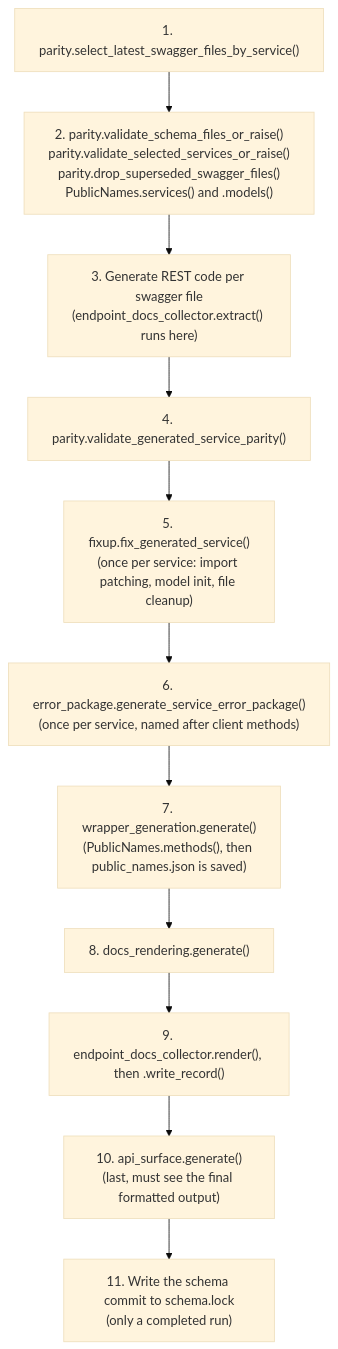
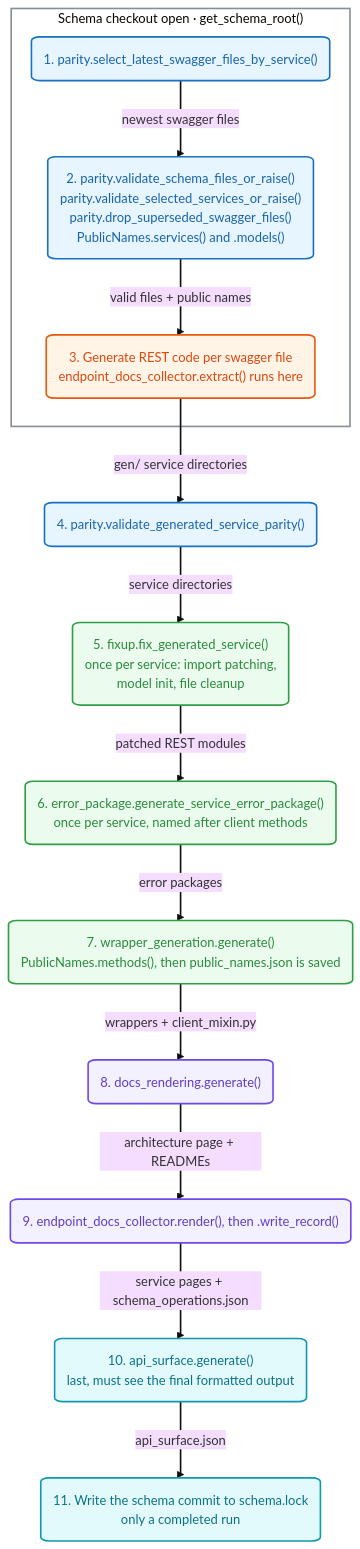
The diagram in scripts/generation/README.md (alexdearaujo/community_sdk_python), drawn with Mermaid (base theme) before and after one commit. The commit also changed other lines of this file and 129 other files, not shown here.

````diff
--- a/scripts/generation/README.md
+++ b/scripts/generation/README.md
@@ -32,14 +32,49 @@
 ```mermaid
+%%{init: {"fontFamily": "ui-monospace, SFMono-Regular, Menlo, monospace", "flowchart": {"curve": "step", "nodeSpacing": 30, "rankSpacing": 70, "wrappingWidth": 400}}}%%
 flowchart TD
-    A["1. parity.select_latest_swagger_files_by_service()"] --> A2["2. parity.validate_schema_files_or_raise()<br/>parity.validate_selected_services_or_raise()<br/>parity.drop_superseded_swagger_files()<br/>PublicNames.services() and .models()"]
-    A2 --> B["3. Generate REST code per swagger file<br/>(endpoint_docs_collector.extract() runs here)"]
-    B --> D["4. parity.validate_generated_service_parity()"]
-    D --> E["5. fixup.fix_generated_service()<br/>(once per service: import patching, model init, file cleanup)"]
-    E --> C["6. error_package.generate_service_error_package()<br/>(once per service, named after client methods)"]
-    C --> F["7. wrapper_generation.generate()<br/>(PublicNames.methods(), then public_names.json is saved)"]
-    F --> G["8. docs_rendering.generate()"]
-    G --> H["9. endpoint_docs_collector.render(), then .write_record()"]
-    H --> I["10. api_surface.generate()<br/>(last, must see the final formatted output)"]
-    I --> J["11. Write the schema commit to schema.lock<br/>(only a completed run)"]
+  subgraph window["Schema checkout open · get_schema_root()"]
+    s1("1. parity.select_latest_swagger_files_by_service()"):::blue
+    s2("2. parity.validate_schema_files_or_raise()<br/>parity.validate_selected_services_or_raise()<br/>parity.drop_superseded_swagger_files()<br/>PublicNames.services() and .models()"):::blue
+    s3("3. Generate REST code per swagger file<br/>endpoint_docs_collector.extract() runs here"):::orange
+  end
+  s4("4. parity.validate_generated_service_parity()"):::blue
+  s5("5. fixup.fix_generated_service()<br/>once per service: import patching,<br/>model init, file cleanup"):::green
+  s6("6. error_package.generate_service_error_package()<br/>once per service, named after client methods"):::green
+  s7("7. wrapper_generation.generate()<br/>PublicNames.methods(), then public_names.json is saved"):::green
+  s8("8. docs_rendering.generate()"):::violet
+  s9("9. endpoint_docs_collector.render(), then .write_record()"):::violet
+  s10("10. api_surface.generate()<br/>last, must see the final formatted output"):::cyan
+  s11("11. Write the schema commit to schema.lock<br/>only a completed run"):::cyan
 
+  s1 -->|"newest swagger files"| s2
+  s2 -->|"valid files + public names"| s3
+  s3 -->|"gen/ service directories"| s4
+  s4 -->|"service directories"| s5
+  s5 -->|"patched REST modules"| s6
+  s6 -->|"error packages"| s7
+  s7 -->|"wrappers + client_mixin.py"| s8
+  s8 -->|"architecture page + READMEs"| s9
+  s9 -->|"service pages + schema_operations.json"| s10
+  s10 -->|"api_surface.json"| s11
+
+  click s1 "parity.py"
+  click s2 "parity.py"
+  click s3 "../generate_sdk.py"
+  click s4 "parity.py"
+  click s5 "fixup.py"
+  click s6 "error_package.py"
+  click s7 "wrapper_generation.py"
+  click s8 "docs_rendering.py"
+  click s9 "endpoint_docs.py"
+  click s10 "api_surface.py"
+  click s11 "../../schema.lock"
+
+  classDef blue fill:#e7f5ff,stroke:#1971c2,color:#1864ab
+  classDef orange fill:#fff4e6,stroke:#e8590c,color:#d9480f
+  classDef green fill:#ebfbee,stroke:#2f9e44,color:#2b8a3e
+  classDef violet fill:#f3f0ff,stroke:#7048e8,color:#5f3dc4
+  classDef cyan fill:#e3fafc,stroke:#1098ad,color:#0b7285
+  classDef blue,orange,green,violet,cyan stroke-width:2px,rx:10px
+  style window fill:none,stroke:#868e96,stroke-width:2px
+  linkStyle default stroke-width:2px,stroke-linecap:round,stroke-linejoin:round
 ```
````
